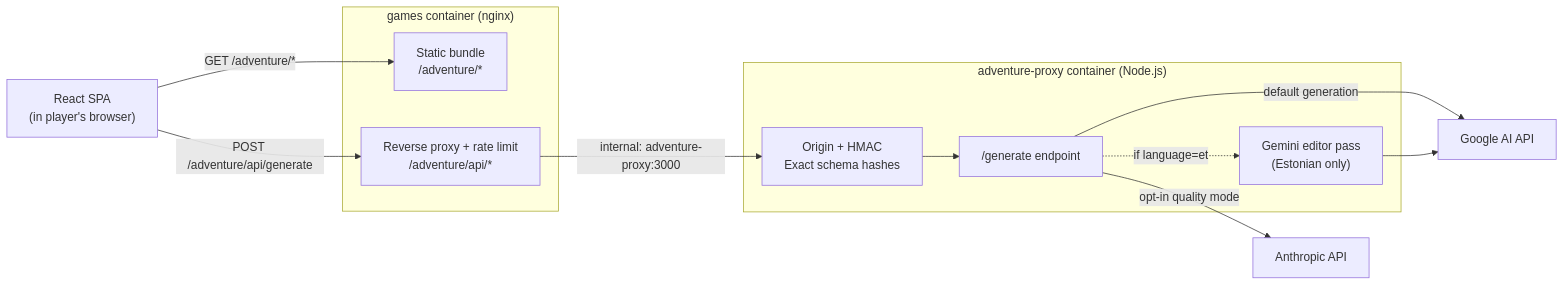
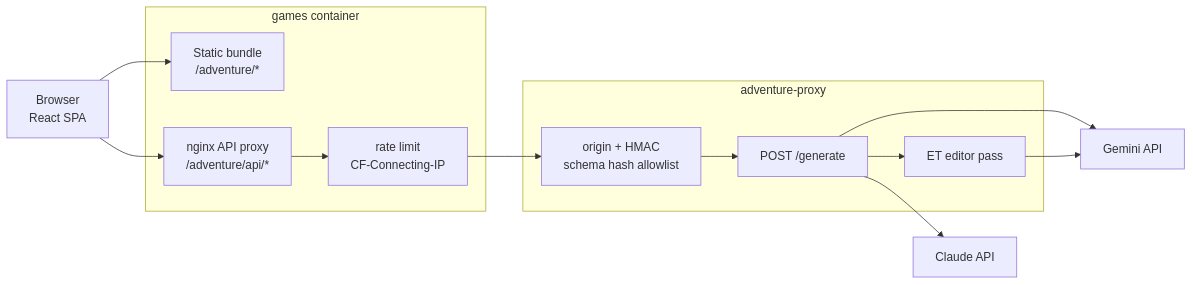
One commit to khelias/ai-adventure-engine changed the second of 4 diagrams in docs/ARCHITECTURE.md. Above: the diagram before and after it, drawn with Mermaid. The commit also changed other lines of this file and 6 other files, not shown here.

````diff
--- a/docs/ARCHITECTURE.md
+++ b/docs/ARCHITECTURE.md
@@ -38,24 +45,29 @@
 ```mermaid
 flowchart LR
-    Browser["React SPA<br/>(in player's browser)"]
-    subgraph "games container (nginx)"
-        NginxStatic["Static bundle<br/>/adventure/*"]
-        NginxProxy["Reverse proxy + rate limit<br/>/adventure/api/*"]
+    Browser["Browser<br/>React SPA"]
+
+    subgraph Games["games container"]
+        Static["Static bundle<br/>/adventure/*"]
+        NginxApi["nginx API proxy<br/>/adventure/api/*"]
+        RateLimit["rate limit<br/>CF-Connecting-IP"]
     end
-    subgraph "adventure-proxy container (Node.js)"
-        Endpoint["/generate endpoint"]
-        EditorPass["Gemini editor pass<br/>(Estonian only)"]
-        SchemaGuard["Origin + HMAC<br/>Exact schema hashes"]
+
+    subgraph Proxy["adventure-proxy"]
+        Guard["origin + HMAC<br/>schema hash allowlist"]
+        Generate["POST /generate"]
+        Editor["ET editor pass"]
     end
-    Anthropic["Anthropic API"]
-    Google["Google AI API"]
 
-    Browser -->|"GET /adventure/*"| NginxStatic
-    Browser -->|"POST /adventure/api/generate"| NginxProxy
-    NginxProxy -->|"internal: adventure-proxy:3000"| SchemaGuard
-    SchemaGuard --> Endpoint
-    Endpoint -->|"opt-in quality mode"| Anthropic
-    Endpoint -->|"default generation"| Google
-    Endpoint -.->|"if language=et"| EditorPass
-    EditorPass --> Google
+    Gemini["Gemini API"]
+    Claude["Claude API"]
+
+    Browser --> Static
+    Browser --> NginxApi
+    NginxApi --> RateLimit
+    RateLimit --> Guard
+    Guard --> Generate
+    Generate --> Gemini
+    Generate --> Claude
+    Generate --> Editor
+    Editor --> Gemini
 ```
````
